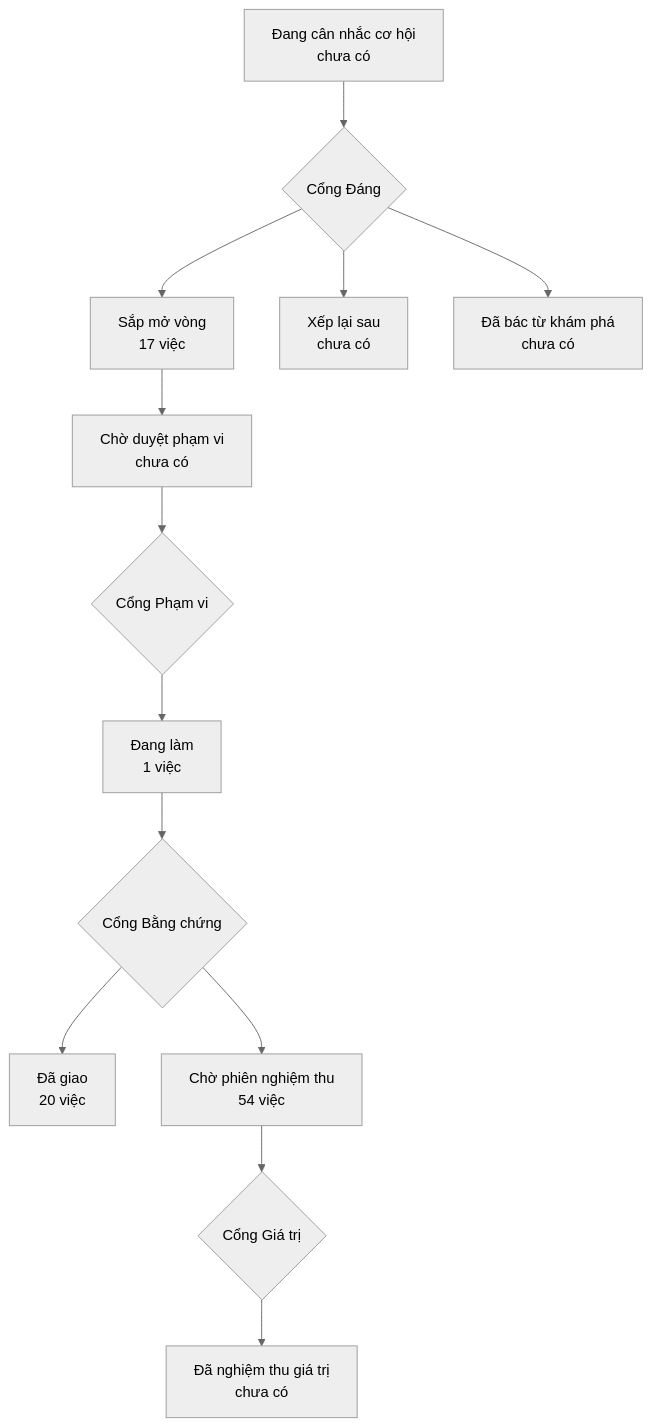
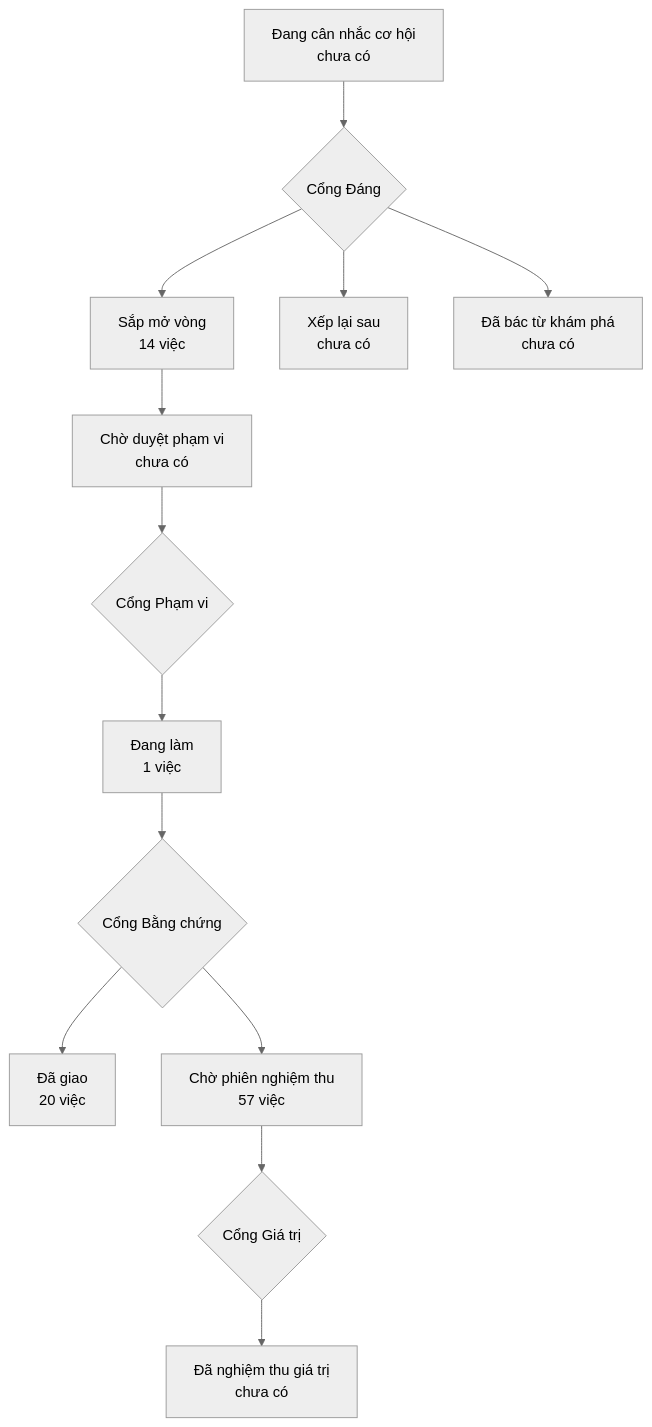
One commit to phanlemanh/onehub-quy-hang changed the diagram in PRODUCT-MAP.md. Above: the diagram before and after it, drawn with Mermaid (neutral theme). The commit also changed 1 other file, not shown here.

Commit message:
chore: vẽ lại bản đồ sản phẩm và lộ trình sau gộp main

````diff
--- a/PRODUCT-MAP.md
+++ b/PRODUCT-MAP.md
@@ -7,12 +7,12 @@
 ```mermaid
 flowchart TD
   A["Đang cân nhắc cơ hội<br/>chưa có"] --> GD{"Cổng Đáng"}
-  GD --> B["Sắp mở vòng<br/>17 việc"]
+  GD --> B["Sắp mở vòng<br/>14 việc"]
   GD --> XL["Xếp lại sau<br/>chưa có"]
   GD --> DB["Đã bác từ khám phá<br/>chưa có"]
   B --> CD["Chờ duyệt phạm vi<br/>chưa có"] --> GP{"Cổng Phạm vi"}
   GP --> DL["Đang làm<br/>1 việc"] --> GB{"Cổng Bằng chứng"}
   GB --> DG["Đã giao<br/>20 việc"]
-  GB --> CN["Chờ phiên nghiệm thu<br/>54 việc"] --> GG{"Cổng Giá trị"}
+  GB --> CN["Chờ phiên nghiệm thu<br/>57 việc"] --> GG{"Cổng Giá trị"}
   GG --> NT["Đã nghiệm thu giá trị<br/>chưa có"]
 ```
````
